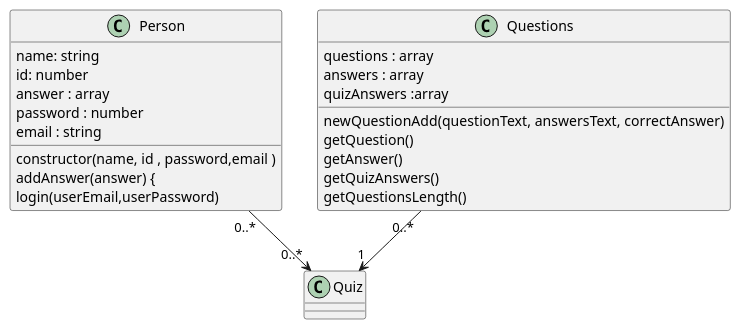
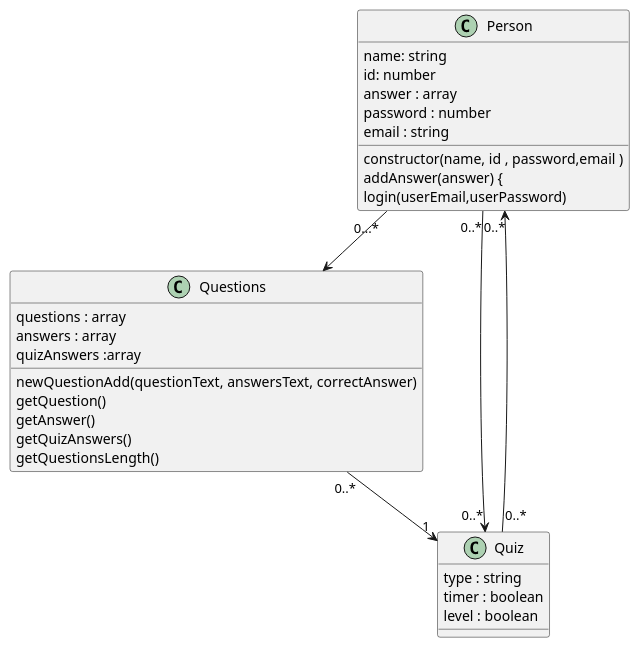
Before and after one commit to Eniserdol/QuizProject: the diagram in src/class.puml, drawn with PlantUML.

Commit message:
Refactor quiz class and relations between classes

```diff
--- a/src/class.puml
+++ b/src/class.puml
@@ -1,31 +1,36 @@
 @startuml Quiz_Project class Diagram
+
 class Person {
   name: string
-    id: number
-    answer : array
-    password : number
-    email : string
+  id: number
+  answer : array
+  password : number
+  email : string
   constructor(name, id , password,email )
   addAnswer(answer) {
   login(userEmail,userPassword)
   }
 
 class Questions {
   questions : array
   answers : array
   quizAnswers :array
   newQuestionAdd(questionText, answersText, correctAnswer)
   getQuestion()
   getAnswer()
   getQuizAnswers()
   getQuestionsLength()
 }
 
 class Quiz {
-
+  type : string
+  timer : boolean
+  level : boolean
 }
 
 Questions "0..*" --> "1"Quiz
+Person"0...*" --> Questions
 Person"0..*" --> "0..*"Quiz
+Quiz"0..*" --> "0..*"Person
 
 @enduml
```
